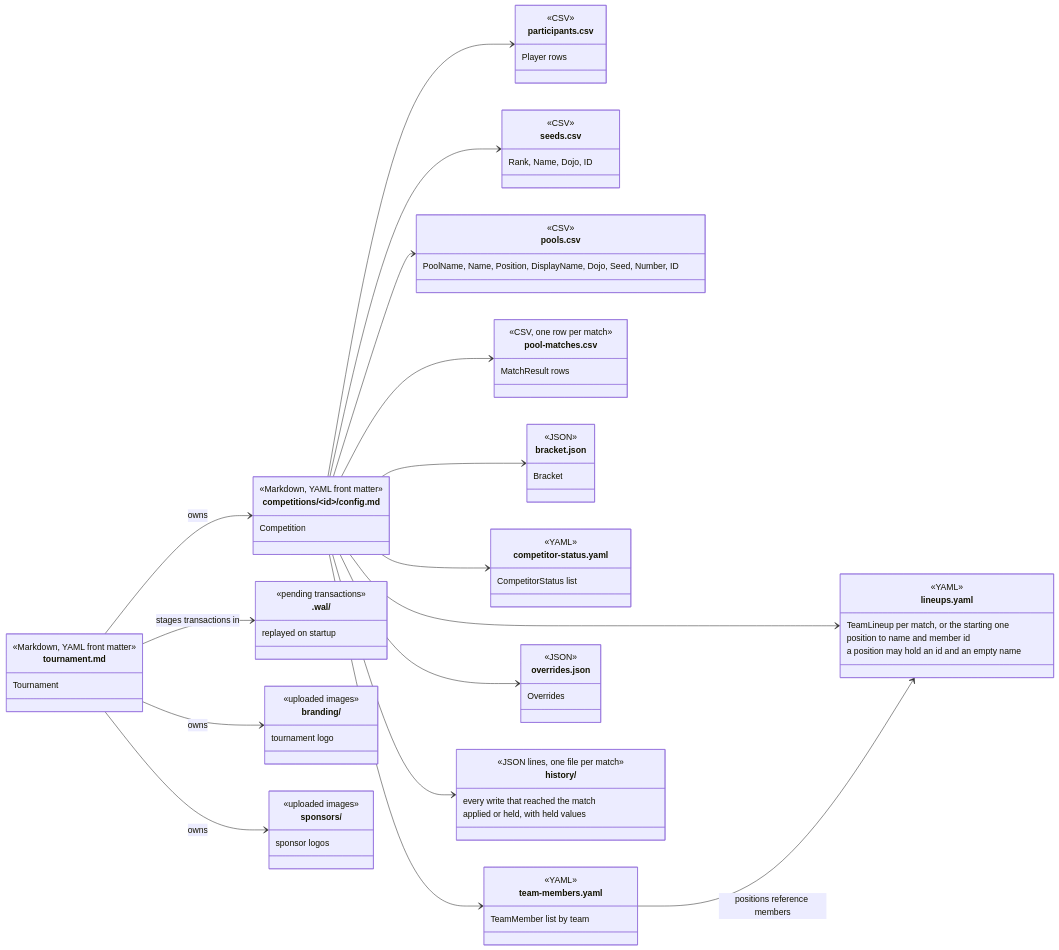
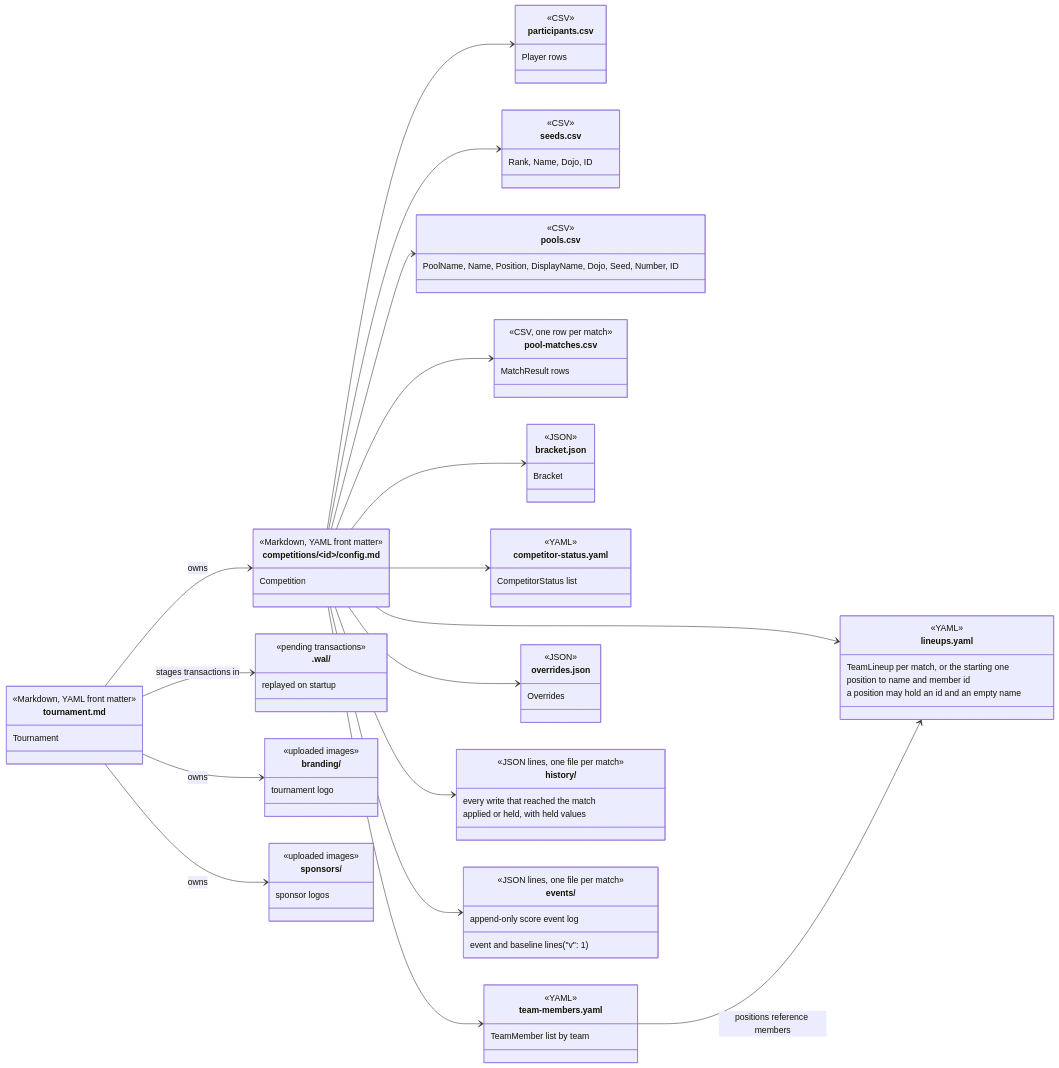
Before and after one commit to gitrgoliveira/bracket-creator: the third of 4 diagrams in docs/architecture/data-model.md, drawn with Mermaid. The commit also changed other lines of this file and 3 other files, not shown here.

First line of the commit message:
docs(bc-evts): the per-match score log, its format and the build header

````diff
--- a/docs/architecture/data-model.md
+++ b/docs/architecture/data-model.md
@@ -510,6 +512,11 @@
         every write that reached the match
         applied or held, with held values
     }
+    class events_dir["events/"] {
+        <<JSON lines, one file per match>>
+        append-only score event log
+        event and baseline lines ("v": 1)
+    }
     class wal[".wal/"] {
         <<pending transactions>>
         replayed on startup
@@ -537,5 +544,6 @@
     config_md --> team_members_yaml
     config_md --> overrides_json
     config_md --> history_dir
+    config_md --> events_dir
     team_members_yaml --> lineups_yaml : positions reference members
 ```
````
